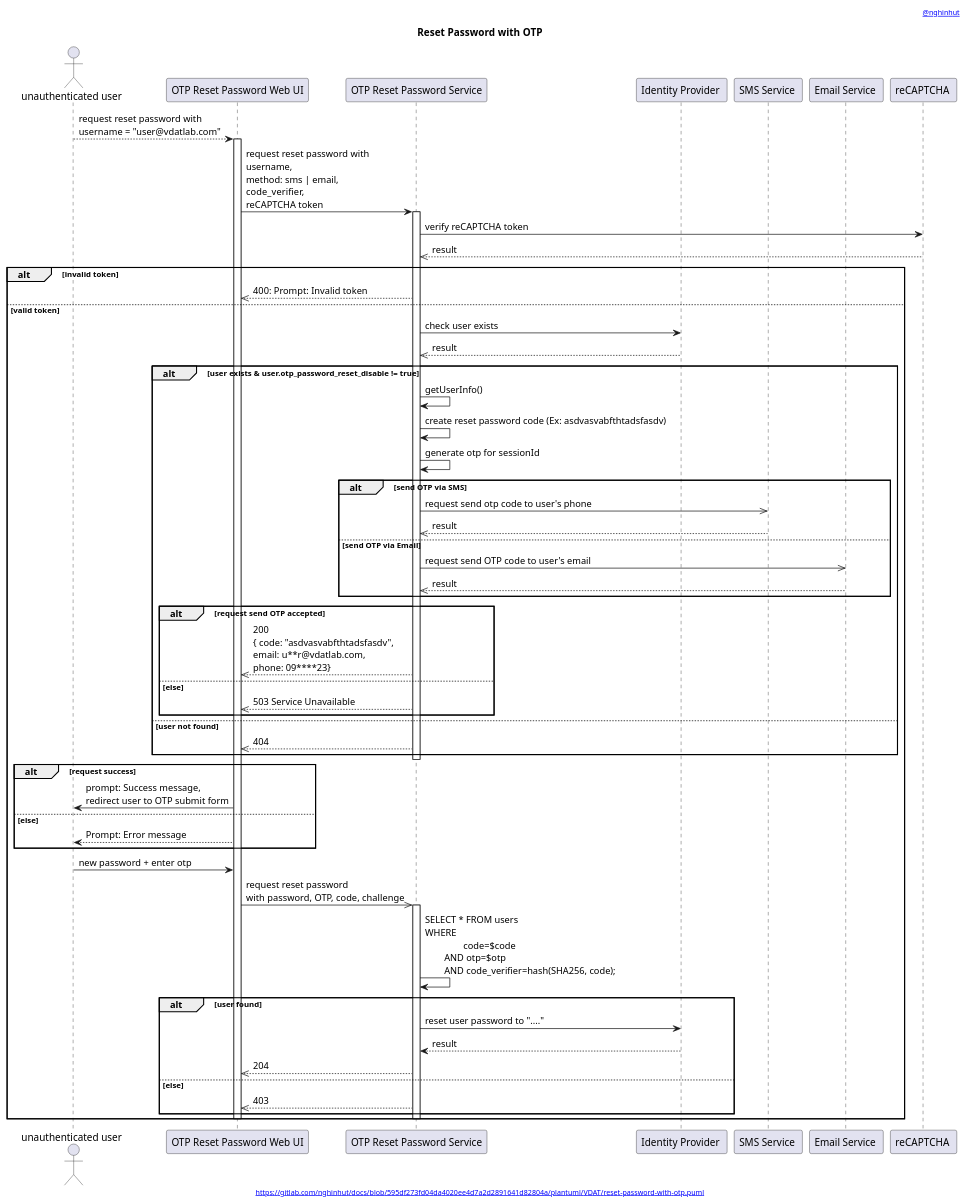
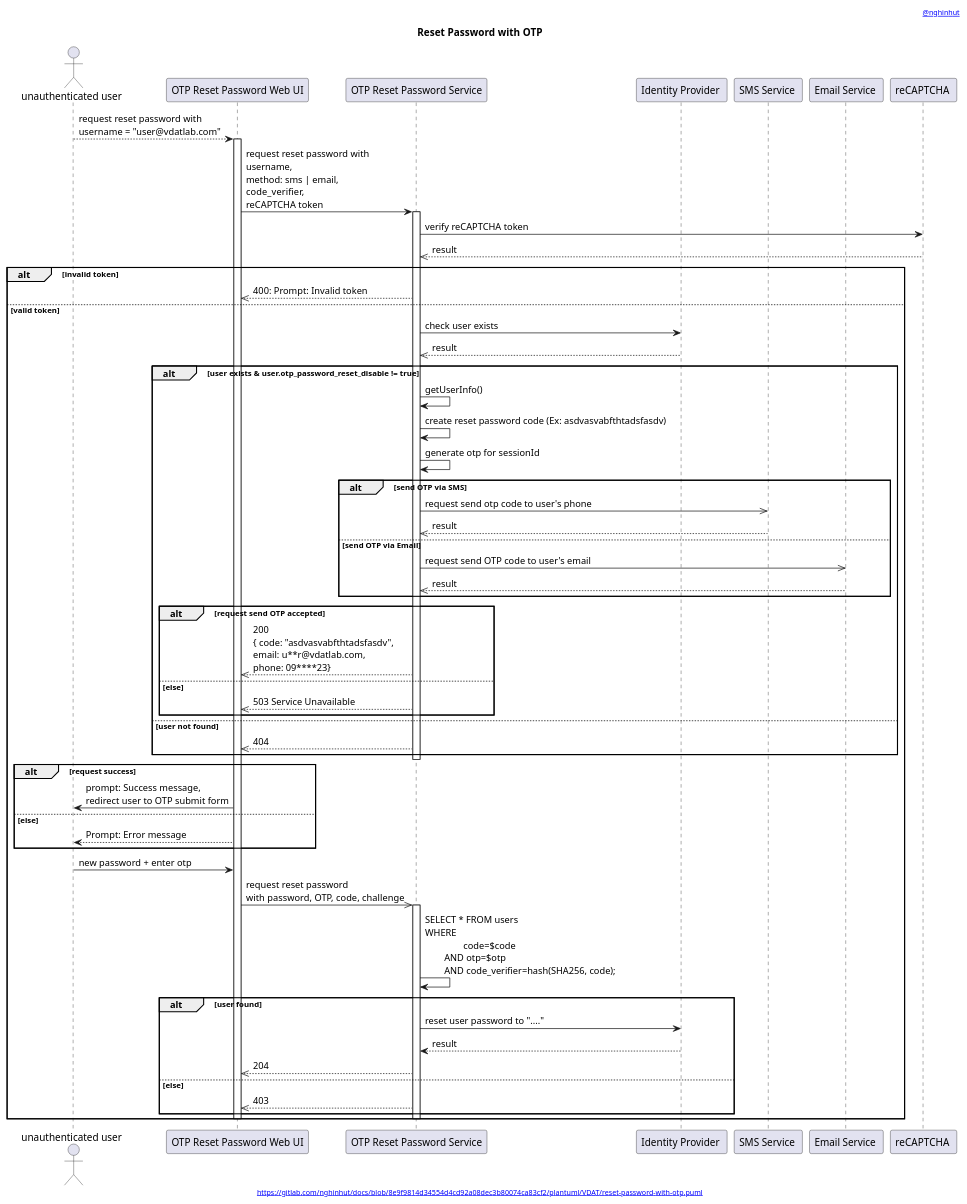
One commit to nghinhut/docs changed the diagram in plantuml/VDAT/reset-password-with-otp.seq.puml. Above: the diagram before and after it, drawn with PlantUML. The commit also changed 28 other files, not shown here.

```diff
--- a/plantuml/VDAT/reset-password-with-otp.seq.puml
+++ b/plantuml/VDAT/reset-password-with-otp.seq.puml
@@ -1,71 +1,71 @@
 @startuml
 '-----START auto generated metadata please keep comment here to allow auto update-----
 '-----DON'T EDIT THIS SECTION, INSTEAD RE-RUN prebuild.sh TO UPDATE-----
-header [[https://www.nghinhut.dev?from=http%5C%3A%5C%2F%5C%2Fwww%5C.plantuml%5C.com%5C%2Fplantuml%5C%2Fproxy%3Ffmt%3Dsvg%5C%26src%3Dhttps%5C%3A%5C%2F%5C%2Fgitlab%5C.com%5C%2Fnghinhut%5C%2Fdocs%5C%2Fraw%5C%2F595df273fd04da4020ee4d7a2d2891641d82804a%5C%2Fplantuml%5C%2FVDAT%5C%2Freset-password-with-otp%5C.puml%0A @nghinhut]]
-footer [[http://www.plantuml.com/plantuml/proxy?fmt=svg&src=https://gitlab.com/nghinhut/docs/raw/595df273fd04da4020ee4d7a2d2891641d82804a/plantuml/VDAT/reset-password-with-otp.puml https://gitlab.com/nghinhut/docs/blob/595df273fd04da4020ee4d7a2d2891641d82804a/plantuml/VDAT/reset-password-with-otp.puml]]
+header [[https://www.nghinhut.dev?from=http%5C%3A%5C%2F%5C%2Fwww%5C.plantuml%5C.com%5C%2Fplantuml%5C%2Fproxy%3Ffmt%3Dsvg%5C%26src%3Dhttps%5C%3A%5C%2F%5C%2Fgitlab%5C.com%5C%2Fnghinhut%5C%2Fdocs%5C%2Fraw%5C%2F8e9f9814d34554d4cd92a08dec3b80074ca83cf2%5C%2Fplantuml%5C%2FVDAT%5C%2Freset-password-with-otp%5C.puml%0A @nghinhut]]
+footer [[http://www.plantuml.com/plantuml/proxy?fmt=svg&src=https://gitlab.com/nghinhut/docs/raw/8e9f9814d34554d4cd92a08dec3b80074ca83cf2/plantuml/VDAT/reset-password-with-otp.puml https://gitlab.com/nghinhut/docs/blob/8e9f9814d34554d4cd92a08dec3b80074ca83cf2/plantuml/VDAT/reset-password-with-otp.puml]]
 '-----END auto generated metadata please keep comment here to allow auto update-----
 title Reset Password with OTP
 
 actor "unauthenticated user" as rp
 participant "OTP Reset Password Web UI" as client
 participant "OTP Reset Password Service" as rs
 participant "Identity Provider " as idp
 participant "SMS Service " as sms
 participant "Email Service " as email
 participant "reCAPTCHA " as rc
 
 rp --> client : request reset password with\nusername = "user@vdatlab.com"
 activate client
 client -> rs : request reset password with\nusername,\nmethod: sms | email,\ncode_verifier,\nreCAPTCHA token
 activate rs
 rs -> rc : verify reCAPTCHA token
 rs <<-- rc : result
 alt invalid token
 client <<-- rs : 400: Prompt: Invalid token
 else valid token
 rs -> idp : check user exists
 rs <<-- idp : result
 
 alt user exists & user.otp_password_reset_disable != true
     rs -> rs : getUserInfo()
     rs -> rs : create reset password code (Ex: asdvasvabfthtadsfasdv)
     rs -> rs : generate otp for sessionId
     alt send OTP via SMS
         rs ->> sms : request send otp code to user's phone
         rs <<-- sms : result
     else send OTP via Email
         rs ->> email : request send OTP code to user's email
         rs <<-- email : result
     end
     alt request send OTP accepted
         client <<-- rs : 200\n{ code: "asdvasvabfthtadsfasdv",\nemail: u**r@vdatlab.com,\nphone: 09****23}
     else else
         client <<-- rs : 503 Service Unavailable
     end
 else user not found
     client <<-- rs : 404
 end
 deactivate rs
 
 alt request success
     rp <- client : prompt: Success message,\nredirect user to OTP submit form
 else else
     rp <-- client : Prompt: Error message
 end
 
 rp -> client : new password + enter otp
 client ->> rs : request reset password\nwith password, OTP, code, challenge
 activate rs
     rs -> rs : SELECT * FROM users\nWHERE\n\t\tcode=$code\n\tAND otp=$otp\n\tAND code_verifier=hash(SHA256, code);
     alt user found
         rs -> idp : reset user password to "...."
         rs <-- idp : result
         client <<-- rs : 204
     else else
         client <<-- rs : 403
     end
 deactivate rs
 
 deactivate client
 end
 @enduml
```
